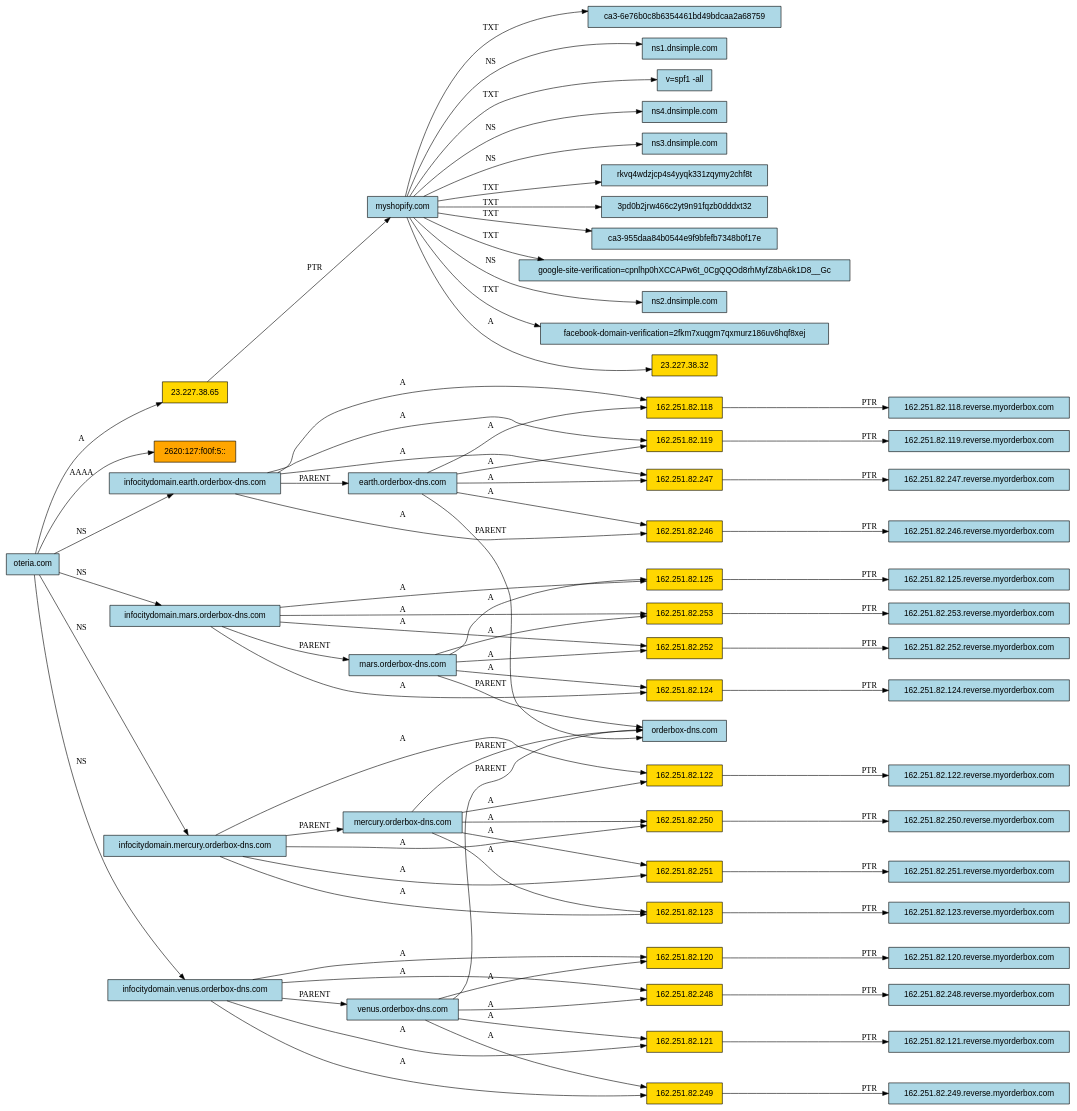
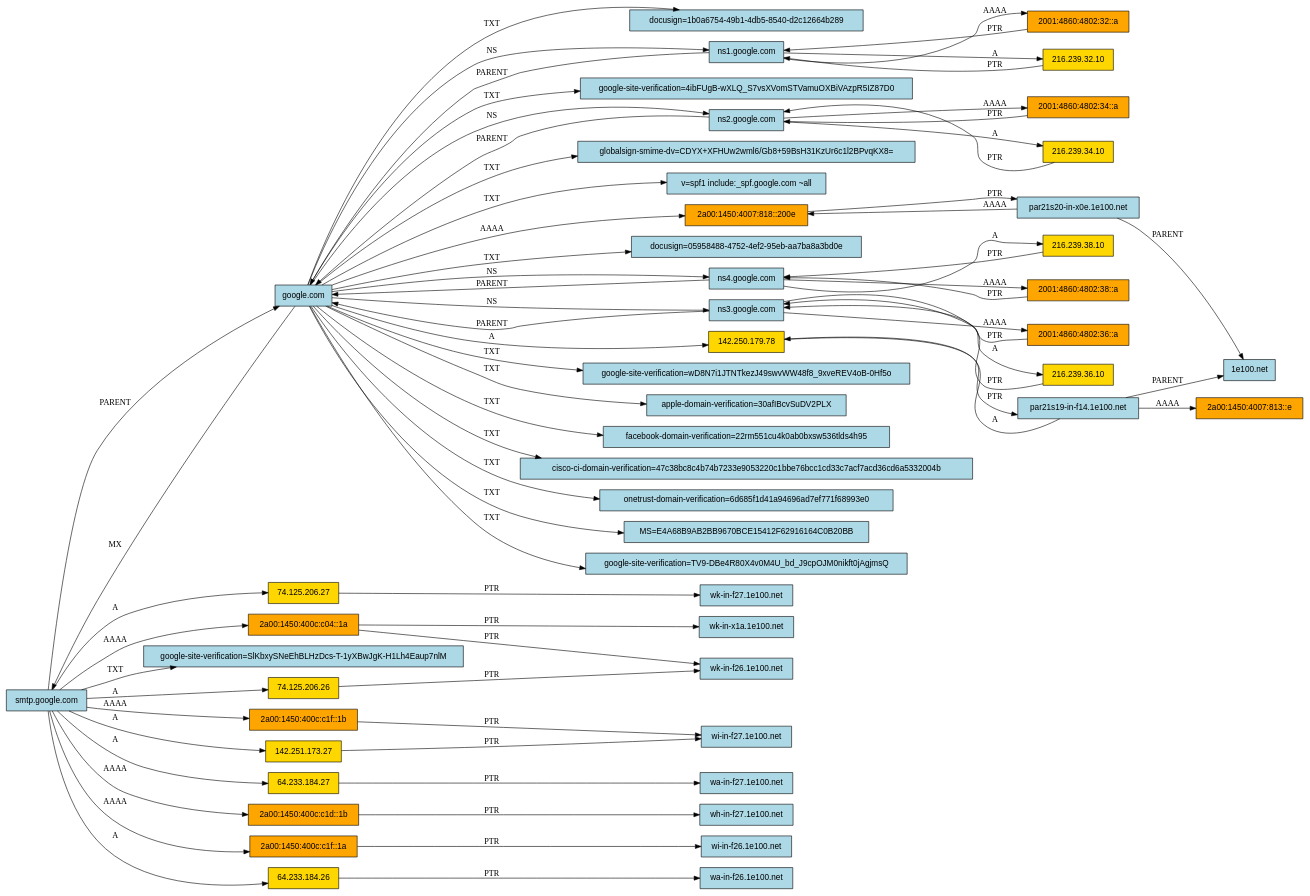
One commit to Dadaam/dns-checker changed the diagram in scan.dot. Above: the diagram before and after it, drawn with Graphviz. The commit also changed 10 other files, not shown here.

Commit message:
Enhance DNS records in scan.dot and update regex patterns in TxtStrategy for better matching

```diff
--- a/scan.dot
+++ b/scan.dot
@@ -1,136 +1,121 @@
 digraph G {
   rankdir=LR;
   node [style=filled, fontname="Helvetica"];
-  "-6079004232658527614" [label="ca3-6e76b0c8b6354461bd49bdcaa2a68759", fillcolor="lightblue", shape=box];
-  "4577778409753424778" [label="162.251.82.250.reverse.myorderbox.com", fillcolor="lightblue", shape=box];
-  "-762906135725316341" [label="2620:127:f00f:5::", fillcolor="orange", shape=box];
-  "5878236356009665676" [label="myshopify.com", fillcolor="lightblue", shape=box];
-  "1773319268470459149" [label="162.251.82.246", fillcolor="gold", shape=box];
-  "-958107959525813106" [label="162.251.82.249.reverse.myorderbox.com", fillcolor="lightblue", shape=box];
-  "-6770620854732233199" [label="ns1.dnsimple.com", fillcolor="lightblue", shape=box];
-  "1931762511371107354" [label="v=spf1 -all", fillcolor="lightblue", shape=box];
-  "3015161111765021594" [label="162.251.82.251", fillcolor="gold", shape=box];
-  "-645250791369231718" [label="162.251.82.252", fillcolor="gold", shape=box];
-  "-145535624905121888" [label="mars.orderbox-dns.com", fillcolor="lightblue", shape=box];
-  "6281869554568439585" [label="earth.orderbox-dns.com", fillcolor="lightblue", shape=box];
-  "4572928190909620643" [label="infocitydomain.earth.orderbox-dns.com", fillcolor="lightblue", shape=box];
-  "2592078884899049635" [label="162.251.82.119", fillcolor="gold", shape=box];
-  "-1089803719574956121" [label="162.251.82.123", fillcolor="gold", shape=box];
-  "-8455213963793648087" [label="162.251.82.123.reverse.myorderbox.com", fillcolor="lightblue", shape=box];
-  "4661600381623995434" [label="162.251.82.250", fillcolor="gold", shape=box];
-  "-8841684763928196560" [label="162.251.82.125.reverse.myorderbox.com", fillcolor="lightblue", shape=box];
-  "3061985790511389361" [label="mercury.orderbox-dns.com", fillcolor="lightblue", shape=box];
-  "2899118060104166068" [label="venus.orderbox-dns.com", fillcolor="lightblue", shape=box];
-  "6647752740411977652" [label="162.251.82.120.reverse.myorderbox.com", fillcolor="lightblue", shape=box];
-  "1109779334556979256" [label="oteria.com", fillcolor="lightblue", shape=box];
-  "-304767228299258696" [label="162.251.82.125", fillcolor="gold", shape=box];
-  "8698577973606615101" [label="infocitydomain.mercury.orderbox-dns.com", fillcolor="lightblue", shape=box];
-  "-4387691914673185218" [label="ns4.dnsimple.com", fillcolor="lightblue", shape=box];
-  "-3728140186787096002" [label="162.251.82.120", fillcolor="gold", shape=box];
-  "-8848803205140429245" [label="162.251.82.121", fillcolor="gold", shape=box];
-  "698294038006746053" [label="162.251.82.247.reverse.myorderbox.com", fillcolor="lightblue", shape=box];
-  "2322710988740047176" [label="162.251.82.248.reverse.myorderbox.com", fillcolor="lightblue", shape=box];
-  "878587844348539978" [label="162.251.82.246.reverse.myorderbox.com", fillcolor="lightblue", shape=box];
-  "1067965652454030027" [label="162.251.82.248", fillcolor="gold", shape=box];
-  "-4554075848977985586" [label="ns3.dnsimple.com", fillcolor="lightblue", shape=box];
-  "1509374915052602703" [label="162.251.82.252.reverse.myorderbox.com", fillcolor="lightblue", shape=box];
-  "-840734529372901551" [label="rkvq4wdzjcp4s4yyqk331zqymy2chf8t", fillcolor="lightblue", shape=box];
-  "6008391151204322002" [label="162.251.82.121.reverse.myorderbox.com", fillcolor="lightblue", shape=box];
-  "-294099427989862445" [label="infocitydomain.mars.orderbox-dns.com", fillcolor="lightblue", shape=box];
-  "7703992737374041298" [label="orderbox-dns.com", fillcolor="lightblue", shape=box];
-  "9079941258410084820" [label="162.251.82.122", fillcolor="gold", shape=box];
-  "8626795867022339667" [label="162.251.82.124", fillcolor="gold", shape=box];
-  "-7205089309381220647" [label="162.251.82.118.reverse.myorderbox.com", fillcolor="lightblue", shape=box];
-  "-4296615952295780261" [label="3pd0b2jrw466c2yt9n91fqzb0dddxt32", fillcolor="lightblue", shape=box];
-  "3306202551589993309" [label="162.251.82.253", fillcolor="gold", shape=box];
-  "-9130513689690558881" [label="infocitydomain.venus.orderbox-dns.com", fillcolor="lightblue", shape=box];
-  "9184225688583888865" [label="ca3-955daa84b0544e9f9bfefb7348b0f17e", fillcolor="lightblue", shape=box];
-  "6004943657702635490" [label="162.251.82.118", fillcolor="gold", shape=box];
-  "7739739617815422691" [label="162.251.82.119.reverse.myorderbox.com", fillcolor="lightblue", shape=box];
-  "-7230115703636600988" [label="162.251.82.251.reverse.myorderbox.com", fillcolor="lightblue", shape=box];
-  "4808696511294695777" [label="162.251.82.124.reverse.myorderbox.com", fillcolor="lightblue", shape=box];
-  "-1297577831869616922" [label="162.251.82.247", fillcolor="gold", shape=box];
-  "-7403232969457181977" [label="162.251.82.249", fillcolor="gold", shape=box];
-  "-2431003298359596823" [label="google-site-verification=cpnlhp0hXCCAPw6t_0CgQQOd8rhMyfZ8bA6k1D8__Gc", fillcolor="lightblue", shape=box];
-  "4722900485052235244" [label="ns2.dnsimple.com", fillcolor="lightblue", shape=box];
-  "1992150859126687980" [label="162.251.82.122.reverse.myorderbox.com", fillcolor="lightblue", shape=box];
-  "1626987845314211951" [label="facebook-domain-verification=2fkm7xuqgm7qxmurz186uv6hqf8xej", fillcolor="lightblue", shape=box];
-  "9089503481487906038" [label="23.227.38.65", fillcolor="gold", shape=box];
-  "1190896029668104822" [label="162.251.82.253.reverse.myorderbox.com", fillcolor="lightblue", shape=box];
-  "-1100326437926657797" [label="23.227.38.32", fillcolor="gold", shape=box];
-  "-294099427989862445" -> "-145535624905121888" [label="PARENT"];
-  "-145535624905121888" -> "7703992737374041298" [label="PARENT"];
-  "-8848803205140429245" -> "6008391151204322002" [label="PTR"];
-  "5878236356009665676" -> "1931762511371107354" [label="TXT"];
-  "5878236356009665676" -> "9184225688583888865" [label="TXT"];
-  "5878236356009665676" -> "-4554075848977985586" [label="NS"];
-  "9089503481487906038" -> "5878236356009665676" [label="PTR"];
-  "-294099427989862445" -> "-304767228299258696" [label="A"];
-  "1109779334556979256" -> "4572928190909620643" [label="NS"];
-  "-9130513689690558881" -> "-7403232969457181977" [label="A"];
-  "3061985790511389361" -> "9079941258410084820" [label="A"];
-  "2592078884899049635" -> "7739739617815422691" [label="PTR"];
-  "5878236356009665676" -> "-840734529372901551" [label="TXT"];
-  "3061985790511389361" -> "4661600381623995434" [label="A"];
-  "8698577973606615101" -> "-1089803719574956121" [label="A"];
-  "6281869554568439585" -> "7703992737374041298" [label="PARENT"];
-  "-1089803719574956121" -> "-8455213963793648087" [label="PTR"];
-  "5878236356009665676" -> "-6079004232658527614" [label="TXT"];
-  "9079941258410084820" -> "1992150859126687980" [label="PTR"];
-  "3061985790511389361" -> "-1089803719574956121" [label="A"];
-  "4661600381623995434" -> "4577778409753424778" [label="PTR"];
-  "3015161111765021594" -> "-7230115703636600988" [label="PTR"];
-  "-1297577831869616922" -> "698294038006746053" [label="PTR"];
-  "6281869554568439585" -> "6004943657702635490" [label="A"];
-  "4572928190909620643" -> "-1297577831869616922" [label="A"];
-  "5878236356009665676" -> "-4296615952295780261" [label="TXT"];
-  "1109779334556979256" -> "8698577973606615101" [label="NS"];
-  "-145535624905121888" -> "-304767228299258696" [label="A"];
-  "5878236356009665676" -> "-6770620854732233199" [label="NS"];
-  "-9130513689690558881" -> "2899118060104166068" [label="PARENT"];
-  "8698577973606615101" -> "3061985790511389361" [label="PARENT"];
-  "8698577973606615101" -> "9079941258410084820" [label="A"];
-  "8626795867022339667" -> "4808696511294695777" [label="PTR"];
-  "8698577973606615101" -> "3015161111765021594" [label="A"];
-  "4572928190909620643" -> "2592078884899049635" [label="A"];
-  "1109779334556979256" -> "-294099427989862445" [label="NS"];
-  "2899118060104166068" -> "-3728140186787096002" [label="A"];
-  "-294099427989862445" -> "3306202551589993309" [label="A"];
-  "5878236356009665676" -> "1626987845314211951" [label="TXT"];
-  "3061985790511389361" -> "3015161111765021594" [label="A"];
-  "5878236356009665676" -> "-2431003298359596823" [label="TXT"];
-  "5878236356009665676" -> "4722900485052235244" [label="NS"];
-  "2899118060104166068" -> "-8848803205140429245" [label="A"];
-  "6281869554568439585" -> "-1297577831869616922" [label="A"];
-  "1067965652454030027" -> "2322710988740047176" [label="PTR"];
-  "-294099427989862445" -> "8626795867022339667" [label="A"];
-  "5878236356009665676" -> "-1100326437926657797" [label="A"];
-  "-294099427989862445" -> "-645250791369231718" [label="A"];
-  "4572928190909620643" -> "6281869554568439585" [label="PARENT"];
-  "-304767228299258696" -> "-8841684763928196560" [label="PTR"];
-  "-145535624905121888" -> "3306202551589993309" [label="A"];
-  "-9130513689690558881" -> "-3728140186787096002" [label="A"];
-  "6004943657702635490" -> "-7205089309381220647" [label="PTR"];
-  "1109779334556979256" -> "9089503481487906038" [label="A"];
-  "1109779334556979256" -> "-9130513689690558881" [label="NS"];
-  "5878236356009665676" -> "-4387691914673185218" [label="NS"];
-  "6281869554568439585" -> "2592078884899049635" [label="A"];
-  "-145535624905121888" -> "-645250791369231718" [label="A"];
-  "3306202551589993309" -> "1190896029668104822" [label="PTR"];
-  "2899118060104166068" -> "7703992737374041298" [label="PARENT"];
-  "4572928190909620643" -> "1773319268470459149" [label="A"];
-  "2899118060104166068" -> "1067965652454030027" [label="A"];
-  "3061985790511389361" -> "7703992737374041298" [label="PARENT"];
-  "1773319268470459149" -> "878587844348539978" [label="PTR"];
-  "-9130513689690558881" -> "-8848803205140429245" [label="A"];
-  "8698577973606615101" -> "4661600381623995434" [label="A"];
-  "-7403232969457181977" -> "-958107959525813106" [label="PTR"];
-  "-645250791369231718" -> "1509374915052602703" [label="PTR"];
-  "-145535624905121888" -> "8626795867022339667" [label="A"];
-  "-3728140186787096002" -> "6647752740411977652" [label="PTR"];
-  "1109779334556979256" -> "-762906135725316341" [label="AAAA"];
-  "-9130513689690558881" -> "1067965652454030027" [label="A"];
-  "4572928190909620643" -> "6004943657702635490" [label="A"];
-  "2899118060104166068" -> "-7403232969457181977" [label="A"];
-  "6281869554568439585" -> "1773319268470459149" [label="A"];
+  "-6416496068114398463" [label="wa-in-f27.1e100.net", fillcolor="lightblue", shape=box];
+  "-275869765549648250" [label="2a00:1450:400c:c04::1a", fillcolor="orange", shape=box];
+  "8814572582168337670" [label="wk-in-f26.1e100.net", fillcolor="lightblue", shape=box];
+  "7671476338049473164" [label="74.125.206.27", fillcolor="gold", shape=box];
+  "3880768427340548877" [label="142.250.179.78", fillcolor="gold", shape=box];
+  "9032929661300648335" [label="google-site-verification=wD8N7i1JTNTkezJ49swvWW48f8_9xveREV4oB-0Hf5o", fillcolor="lightblue", shape=box];
+  "-2530302741665071600" [label="apple-domain-verification=30afIBcvSuDV2PLX", fillcolor="lightblue", shape=box];
+  "7042494958208311695" [label="ns4.google.com", fillcolor="lightblue", shape=box];
+  "5308261121658610320" [label="2001:4860:4802:38::a", fillcolor="orange", shape=box];
+  "-7739224955504697324" [label="facebook-domain-verification=22rm551cu4k0ab0bxsw536tlds4h95", fillcolor="lightblue", shape=box];
+  "4303659461428988821" [label="cisco-ci-domain-verification=47c38bc8c4b74b7233e9053220c1bbe76bcc1cd33c7acf7acd36cd6a5332004b", fillcolor="lightblue", shape=box];
+  "-1842165690378489324" [label="google-site-verification=SlKbxySNeEhBLHzDcs-T-1yXBwJgK-H1Lh4Eaup7nlM", fillcolor="lightblue", shape=box];
+  "-2379090177129296107" [label="142.251.173.27", fillcolor="gold", shape=box];
+  "-6520044199070056299" [label="74.125.206.26", fillcolor="gold", shape=box];
+  "-18978372044418406" [label="wk-in-f27.1e100.net", fillcolor="lightblue", shape=box];
+  "-8134436598183659872" [label="onetrust-domain-verification=6d685f1d41a94696ad7ef771f68993e0", fillcolor="lightblue", shape=box];
+  "5640086928029885089" [label="par21s20-in-x0e.1e100.net", fillcolor="lightblue", shape=box];
+  "-5509237136385572444" [label="wh-in-f27.1e100.net", fillcolor="lightblue", shape=box];
+  "-1226464586408754518" [label="MS=E4A68B9AB2BB9670BCE15412F62916164C0B20BB", fillcolor="lightblue", shape=box];
+  "-4572328503481291350" [label="google-site-verification=TV9-DBe4R80X4v0M4U_bd_J9cpOJM0nikft0jAgjmsQ", fillcolor="lightblue", shape=box];
+  "9092495168597505323" [label="216.239.36.10", fillcolor="gold", shape=box];
+  "-1224999304005650504" [label="1e100.net", fillcolor="lightblue", shape=box];
+  "3988175925890749497" [label="64.233.184.27", fillcolor="gold", shape=box];
+  "-7379616679441938886" [label="ns3.google.com", fillcolor="lightblue", shape=box];
+  "-5606447473194753092" [label="2001:4860:4802:32::a", fillcolor="orange", shape=box];
+  "4586857054525237949" [label="2001:4860:4802:36::a", fillcolor="orange", shape=box];
+  "8144837622712563260" [label="2a00:1450:400c:c1f::1b", fillcolor="orange", shape=box];
+  "9101696183878780864" [label="google.com", fillcolor="lightblue", shape=box];
+  "3059571977579970497" [label="docusign=1b0a6754-49b1-4db5-8540-d2c12664b289", fillcolor="lightblue", shape=box];
+  "3542132031938844737" [label="wa-in-f26.1e100.net", fillcolor="lightblue", shape=box];
+  "4536666737064075979" [label="ns1.google.com", fillcolor="lightblue", shape=box];
+  "-7313651424369590963" [label="google-site-verification=4ibFUgB-wXLQ_S7vsXVomSTVamuOXBiVAzpR5IZ87D0", fillcolor="lightblue", shape=box];
+  "-6040949229196903601" [label="2a00:1450:4007:813::e", fillcolor="orange", shape=box];
+  "-2537038013006945070" [label="par21s19-in-f14.1e100.net", fillcolor="lightblue", shape=box];
+  "-1905972773567025579" [label="2001:4860:4802:34::a", fillcolor="orange", shape=box];
+  "7331096716790874070" [label="wi-in-f27.1e100.net", fillcolor="lightblue", shape=box];
+  "-8089677496774219817" [label="ns2.google.com", fillcolor="lightblue", shape=box];
+  "-3407475974702717097" [label="2a00:1450:400c:c1d::1b", fillcolor="orange", shape=box];
+  "-1125747531870019875" [label="globalsign-smime-dv=CDYX+XFHUw2wml6/Gb8+59BsH31KzUr6c1l2BPvqKX8=", fillcolor="lightblue", shape=box];
+  "-7571936725675592226" [label="v=spf1 include:_spf.google.com ~all", fillcolor="lightblue", shape=box];
+  "-6760140000238902944" [label="wi-in-f26.1e100.net", fillcolor="lightblue", shape=box];
+  "2234227376927507683" [label="smtp.google.com", fillcolor="lightblue", shape=box];
+  "-358877050209731741" [label="216.239.38.10", fillcolor="gold", shape=box];
+  "8411942776369603821" [label="2a00:1450:4007:818::200e", fillcolor="orange", shape=box];
+  "-5384935950040636818" [label="216.239.34.10", fillcolor="gold", shape=box];
+  "-3186288927202287887" [label="216.239.32.10", fillcolor="gold", shape=box];
+  "-4863403502656299278" [label="wk-in-x1a.1e100.net", fillcolor="lightblue", shape=box];
+  "-6973416149277015052" [label="2a00:1450:400c:c1f::1a", fillcolor="orange", shape=box];
+  "5599348662140804724" [label="64.233.184.26", fillcolor="gold", shape=box];
+  "1288463664785607678" [label="docusign=05958488-4752-4ef2-95eb-aa7ba8a3bd0e", fillcolor="lightblue", shape=box];
+  "9101696183878780864" -> "9032929661300648335" [label="TXT"];
+  "-7379616679441938886" -> "9101696183878780864" [label="PARENT"];
+  "2234227376927507683" -> "5599348662140804724" [label="A"];
+  "7042494958208311695" -> "5308261121658610320" [label="AAAA"];
+  "7042494958208311695" -> "-358877050209731741" [label="A"];
+  "2234227376927507683" -> "-3407475974702717097" [label="AAAA"];
+  "7671476338049473164" -> "-18978372044418406" [label="PTR"];
+  "9101696183878780864" -> "-1125747531870019875" [label="TXT"];
+  "9092495168597505323" -> "-7379616679441938886" [label="PTR"];
+  "5640086928029885089" -> "-1224999304005650504" [label="PARENT"];
+  "8411942776369603821" -> "5640086928029885089" [label="PTR"];
+  "-7379616679441938886" -> "4586857054525237949" [label="AAAA"];
+  "9101696183878780864" -> "-8089677496774219817" [label="NS"];
+  "9101696183878780864" -> "-1226464586408754518" [label="TXT"];
+  "-3407475974702717097" -> "-5509237136385572444" [label="PTR"];
+  "4586857054525237949" -> "-7379616679441938886" [label="PTR"];
+  "9101696183878780864" -> "-7739224955504697324" [label="TXT"];
+  "-275869765549648250" -> "-4863403502656299278" [label="PTR"];
+  "2234227376927507683" -> "3988175925890749497" [label="A"];
+  "7042494958208311695" -> "9101696183878780864" [label="PARENT"];
+  "-6520044199070056299" -> "8814572582168337670" [label="PTR"];
+  "9101696183878780864" -> "1288463664785607678" [label="TXT"];
+  "2234227376927507683" -> "-1842165690378489324" [label="TXT"];
+  "-7379616679441938886" -> "9092495168597505323" [label="A"];
+  "3880768427340548877" -> "-2537038013006945070" [label="PTR"];
+  "5308261121658610320" -> "7042494958208311695" [label="PTR"];
+  "9101696183878780864" -> "-7571936725675592226" [label="TXT"];
+  "-5384935950040636818" -> "-8089677496774219817" [label="PTR"];
+  "-2537038013006945070" -> "-1224999304005650504" [label="PARENT"];
+  "-5606447473194753092" -> "4536666737064075979" [label="PTR"];
+  "-2537038013006945070" -> "-6040949229196903601" [label="AAAA"];
+  "2234227376927507683" -> "7671476338049473164" [label="A"];
+  "2234227376927507683" -> "-275869765549648250" [label="AAAA"];
+  "9101696183878780864" -> "-7379616679441938886" [label="NS"];
+  "-358877050209731741" -> "7042494958208311695" [label="PTR"];
+  "9101696183878780864" -> "-8134436598183659872" [label="TXT"];
+  "9101696183878780864" -> "3059571977579970497" [label="TXT"];
+  "9101696183878780864" -> "-4572328503481291350" [label="TXT"];
+  "2234227376927507683" -> "9101696183878780864" [label="PARENT"];
+  "-2537038013006945070" -> "3880768427340548877" [label="A"];
+  "4536666737064075979" -> "-5606447473194753092" [label="AAAA"];
+  "9101696183878780864" -> "3880768427340548877" [label="A"];
+  "3988175925890749497" -> "-6416496068114398463" [label="PTR"];
+  "-8089677496774219817" -> "9101696183878780864" [label="PARENT"];
+  "8144837622712563260" -> "7331096716790874070" [label="PTR"];
+  "-275869765549648250" -> "8814572582168337670" [label="PTR"];
+  "9101696183878780864" -> "7042494958208311695" [label="NS"];
+  "5640086928029885089" -> "8411942776369603821" [label="AAAA"];
+  "4536666737064075979" -> "-3186288927202287887" [label="A"];
+  "-3186288927202287887" -> "4536666737064075979" [label="PTR"];
+  "-8089677496774219817" -> "-5384935950040636818" [label="A"];
+  "9101696183878780864" -> "-2530302741665071600" [label="TXT"];
+  "9101696183878780864" -> "-7313651424369590963" [label="TXT"];
+  "2234227376927507683" -> "-6520044199070056299" [label="A"];
+  "9101696183878780864" -> "4536666737064075979" [label="NS"];
+  "5599348662140804724" -> "3542132031938844737" [label="PTR"];
+  "2234227376927507683" -> "8144837622712563260" [label="AAAA"];
+  "-1905972773567025579" -> "-8089677496774219817" [label="PTR"];
+  "2234227376927507683" -> "-2379090177129296107" [label="A"];
+  "-8089677496774219817" -> "-1905972773567025579" [label="AAAA"];
+  "9101696183878780864" -> "4303659461428988821" [label="TXT"];
+  "9101696183878780864" -> "2234227376927507683" [label="MX"];
+  "2234227376927507683" -> "-6973416149277015052" [label="AAAA"];
+  "-6973416149277015052" -> "-6760140000238902944" [label="PTR"];
+  "-2379090177129296107" -> "7331096716790874070" [label="PTR"];
+  "9101696183878780864" -> "8411942776369603821" [label="AAAA"];
+  "4536666737064075979" -> "9101696183878780864" [label="PARENT"];
 }
```
